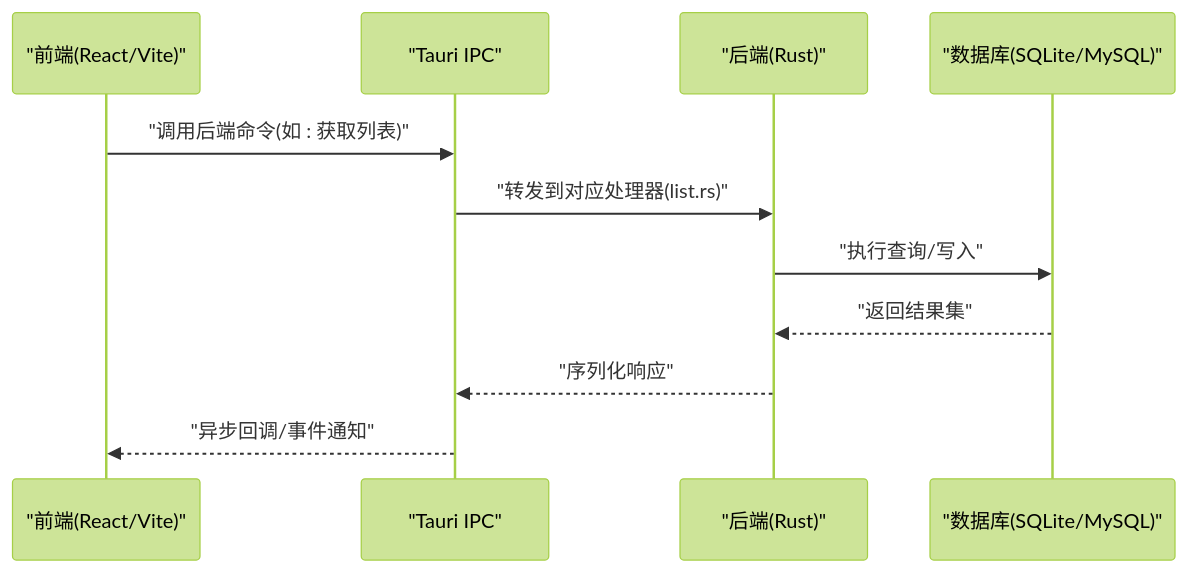
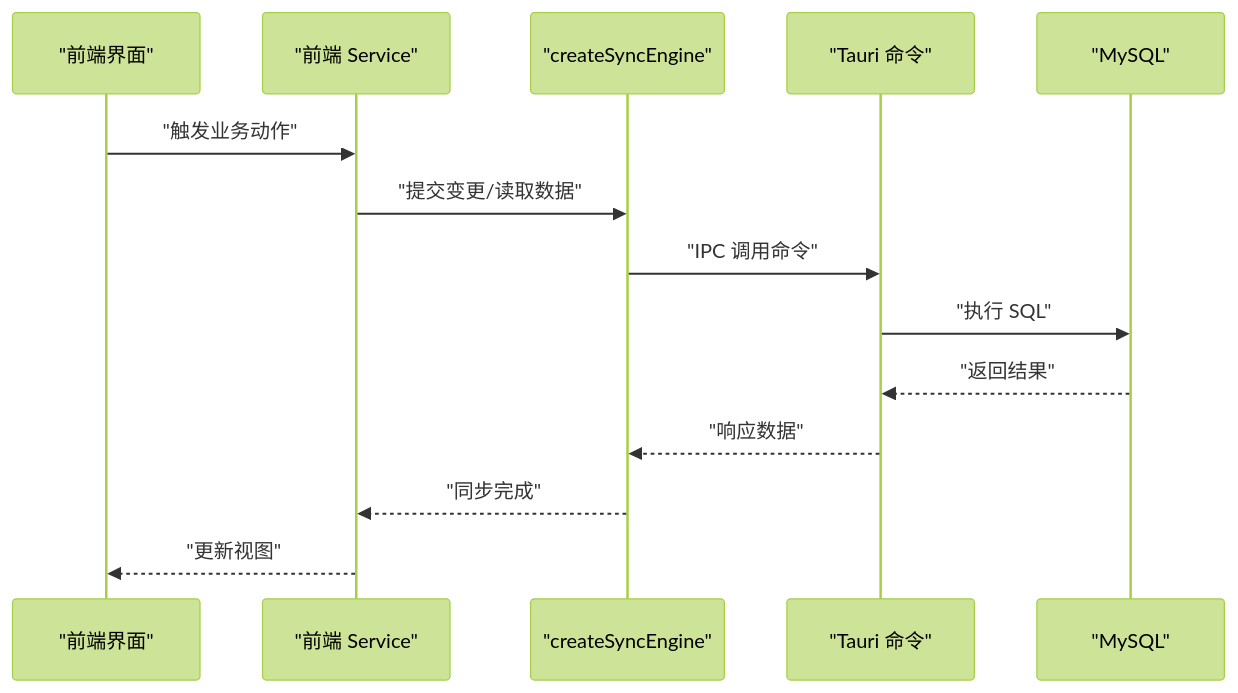
The second of 5 diagrams in .qoder/repowiki/zh/content/项目概述/技术栈概览.md (gzdxhujiale/FishWorker), drawn with Mermaid (forest theme) before and after one commit. The commit also changed other lines of this file and 238 other files, not shown here.

````diff
--- a/.qoder/repowiki/zh/content/项目概述/技术栈概览.md
+++ b/.qoder/repowiki/zh/content/项目概述/技术栈概览.md
@@ -140,13 +156,16 @@
 ```mermaid
 sequenceDiagram
-participant FE as "前端(React/Vite)"
-participant IPC as "Tauri IPC"
-participant BE as "后端(Rust)"
-participant DB as "数据库(SQLite/MySQL)"
-FE->>IPC : "调用后端命令(如 : 获取列表)"
-IPC->>BE : "转发到对应处理器(list.rs)"
-BE->>DB : "执行查询/写入"
-DB-->>BE : "返回结果集"
-BE-->>IPC : "序列化响应"
-IPC-->>FE : "异步回调/事件通知"
+participant UI as "前端界面"
+participant Svc as "前端 Service"
+participant Sync as "createSyncEngine"
+participant Tauri as "Tauri 命令"
+participant DB as "MySQL"
+UI->>Svc : "触发业务动作"
+Svc->>Sync : "提交变更/读取数据"
+Sync->>Tauri : "IPC 调用命令"
+Tauri->>DB : "执行 SQL"
+DB-->>Tauri : "返回结果"
+Tauri-->>Sync : "响应数据"
+Sync-->>Svc : "同步完成"
+Svc-->>UI : "更新视图"
 ```
````
